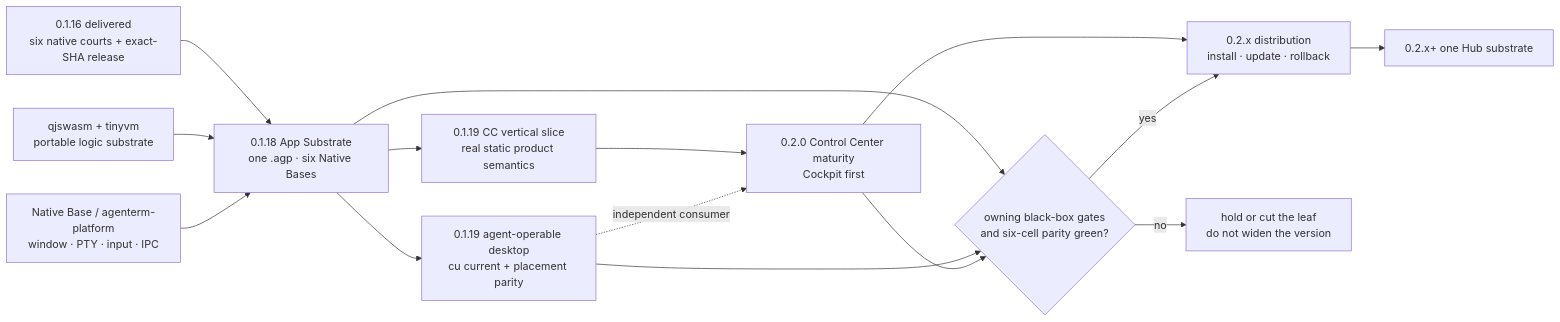
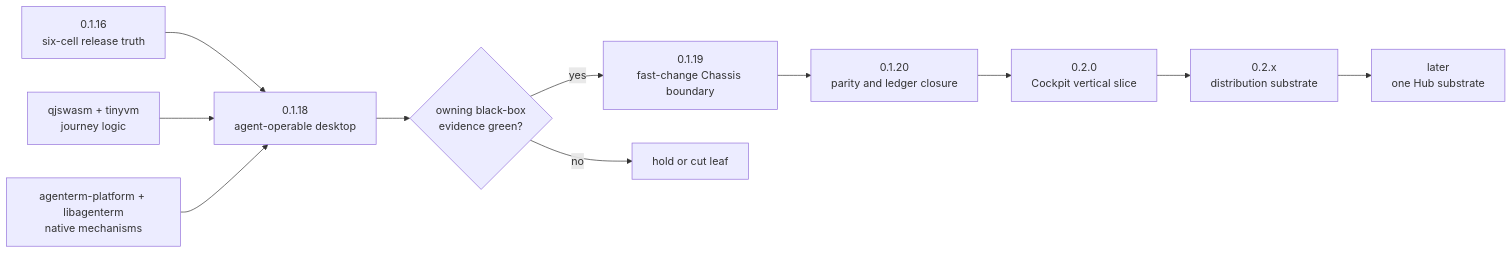
Before and after one commit to partnernetsoftware/agenterm: the diagram in plan/roadmap-0.1x-0.2x.md, drawn with Mermaid. The commit also changed other lines of this file and 144 other files, not shown here.

First line of the commit message:
docs: compact roadmap and restore decision archives

````diff
--- a/plan/roadmap-0.1x-0.2x.md
+++ b/plan/roadmap-0.1x-0.2x.md
@@ -46,26 +30,20 @@
 ```mermaid
 flowchart LR
-  R16["0.1.16 delivered<br/>six native courts + exact-SHA release"]
-  APP["0.1.18 App Substrate<br/>one .agp · six Native Bases"]
-  CU["0.1.19 agent-operable desktop<br/>cu current + placement parity"]
-  CCV["0.1.19 CC vertical slice<br/>real static product semantics"]
-  CC["0.2.0 Control Center maturity<br/>Cockpit first"]
-  DIST["0.2.x distribution<br/>install · update · rollback"]
-  HUB["0.2.x+ one Hub substrate"]
-  Q["qjswasm + tinyvm<br/>portable logic substrate"]
-  N["Native Base / agenterm-platform<br/>window · PTY · input · IPC"]
-  K{"owning black-box gates<br/>and six-cell parity green?"}
-  HOLD["hold or cut the leaf<br/>do not widen the version"]
+  R16["0.1.16<br/>six-cell release truth"]
+  CU["0.1.18<br/>agent-operable desktop"]
+  Q["qjswasm + tinyvm<br/>journey logic"]
+  P["agenterm-platform + libagenterm<br/>native mechanisms"]
+  CH["0.1.19<br/>fast-change Chassis boundary"]
+  CL["0.1.20<br/>parity and ledger closure"]
+  CC["0.2.0<br/>Cockpit vertical slice"]
+  D["0.2.x<br/>distribution substrate"]
+  H["later<br/>one Hub substrate"]
+  K{"owning black-box<br/>evidence green?"}
+  CUT["hold or cut leaf"]
 
-  R16 --> APP
-  Q --> APP
-  N --> APP
-  APP --> CU
-  APP --> CCV --> CC --> DIST --> HUB
-  CU -. independent consumer .-> CC
-  APP --> K
+  R16 --> CU
+  Q & P --> CU
   CU --> K
-  CC --> K
-  K -->|no| HOLD
-  K -->|yes| DIST
+  K -->|yes| CH --> CL --> CC --> D --> H
+  K -->|no| CUT
 ```
````
